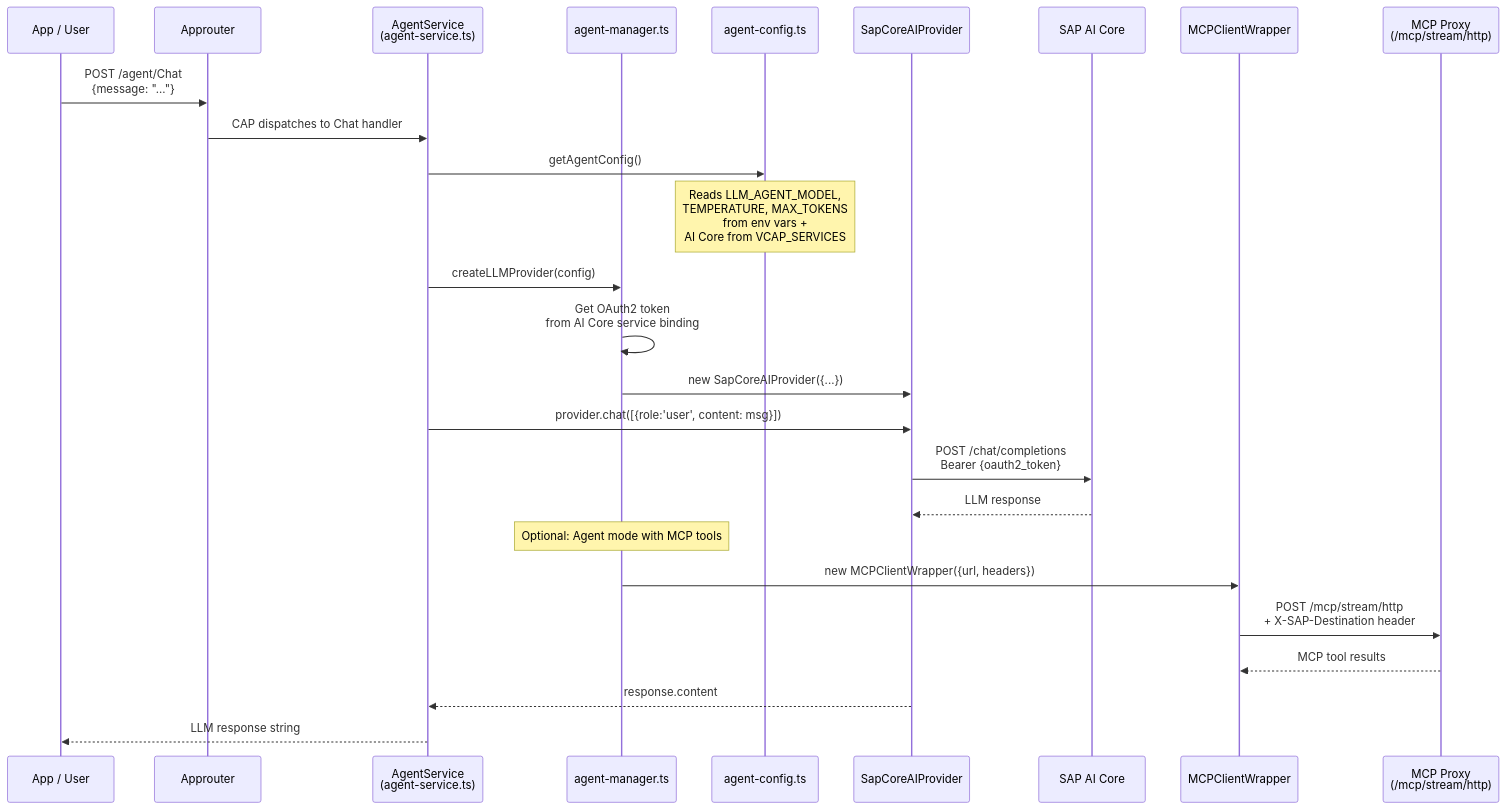
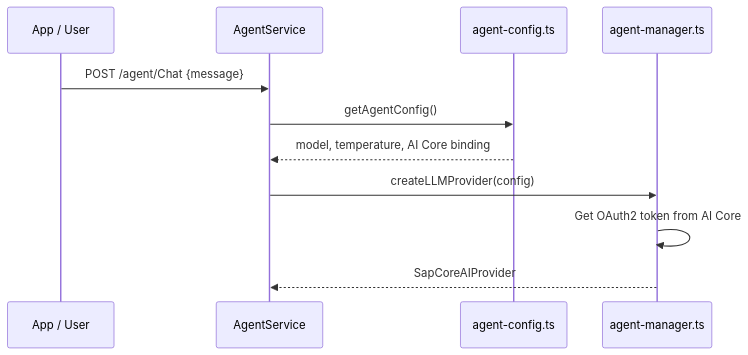
Before and after one commit to fr0ster/cloud-llm-hub: the tenth of 21 diagrams in docs/architecture/ARCHITECTURE.md, drawn with Mermaid. The commit also changed other lines of this file and 1 other file, not shown here.

First line of the commit message:
docs: simplify architecture diagrams and optimize MTA build commands

````diff
--- a/docs/architecture/ARCHITECTURE.md
+++ b/docs/architecture/ARCHITECTURE.md
@@ -516,35 +516,14 @@
 ```mermaid
 sequenceDiagram
     participant Client as App / User
-    participant AR as Approuter
-    participant AgentSrv as AgentService<br/>(agent-service.ts)
-    participant AgentMgr as agent-manager.ts
-    participant AgentCfg as agent-config.ts
-    participant AICoreProvider as SapCoreAIProvider
-    participant AICore as SAP AI Core
-    participant MCPClient as MCPClientWrapper
-    participant MCPProxy as MCP Proxy<br/>(/mcp/stream/http)
+    participant Srv as AgentService
+    participant Cfg as agent-config.ts
+    participant Mgr as agent-manager.ts
 
-    Client->>AR: POST /agent/Chat<br/>{message: "..."}
-    AR->>AgentSrv: CAP dispatches to Chat handler
-
-    AgentSrv->>AgentCfg: getAgentConfig()
-    Note over AgentCfg: Reads LLM_AGENT_MODEL,<br/>TEMPERATURE, MAX_TOKENS<br/>from env vars +<br/>AI Core from VCAP_SERVICES
-
-    AgentSrv->>AgentMgr: createLLMProvider(config)
-    AgentMgr->>AgentMgr: Get OAuth2 token<br/>from AI Core service binding
-
-    AgentMgr->>AICoreProvider: new SapCoreAIProvider({...})
-
-    AgentSrv->>AICoreProvider: provider.chat([{role:'user', content: msg}])
-    AICoreProvider->>AICore: POST /chat/completions<br/>Bearer {oauth2_token}
-    AICore-->>AICoreProvider: LLM response
-
-    Note over AgentMgr: Optional: Agent mode with MCP tools
-    AgentMgr->>MCPClient: new MCPClientWrapper({url, headers})
-    MCPClient->>MCPProxy: POST /mcp/stream/http<br/>+ X-SAP-Destination header
-    MCPProxy-->>MCPClient: MCP tool results
-
-    AICoreProvider-->>AgentSrv: response.content
-    AgentSrv-->>Client: LLM response string
+    Client->>Srv: POST /agent/Chat {message}
+    Srv->>Cfg: getAgentConfig()
+    Cfg-->>Srv: model, temperature, AI Core binding
+    Srv->>Mgr: createLLMProvider(config)
+    Mgr->>Mgr: Get OAuth2 token from AI Core
+    Mgr-->>Srv: SapCoreAIProvider
 ```
````
